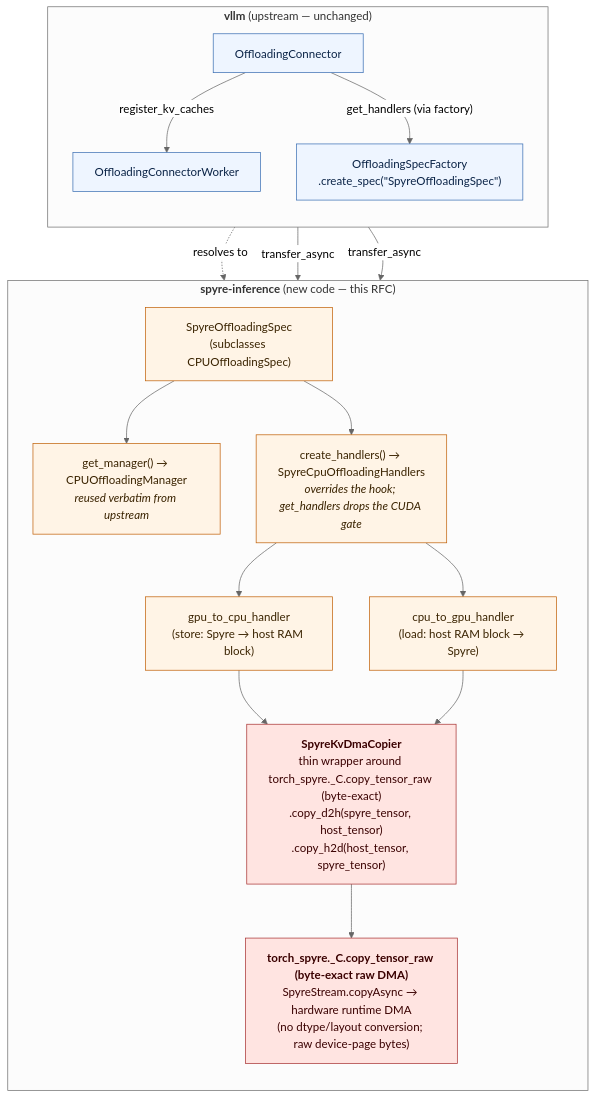
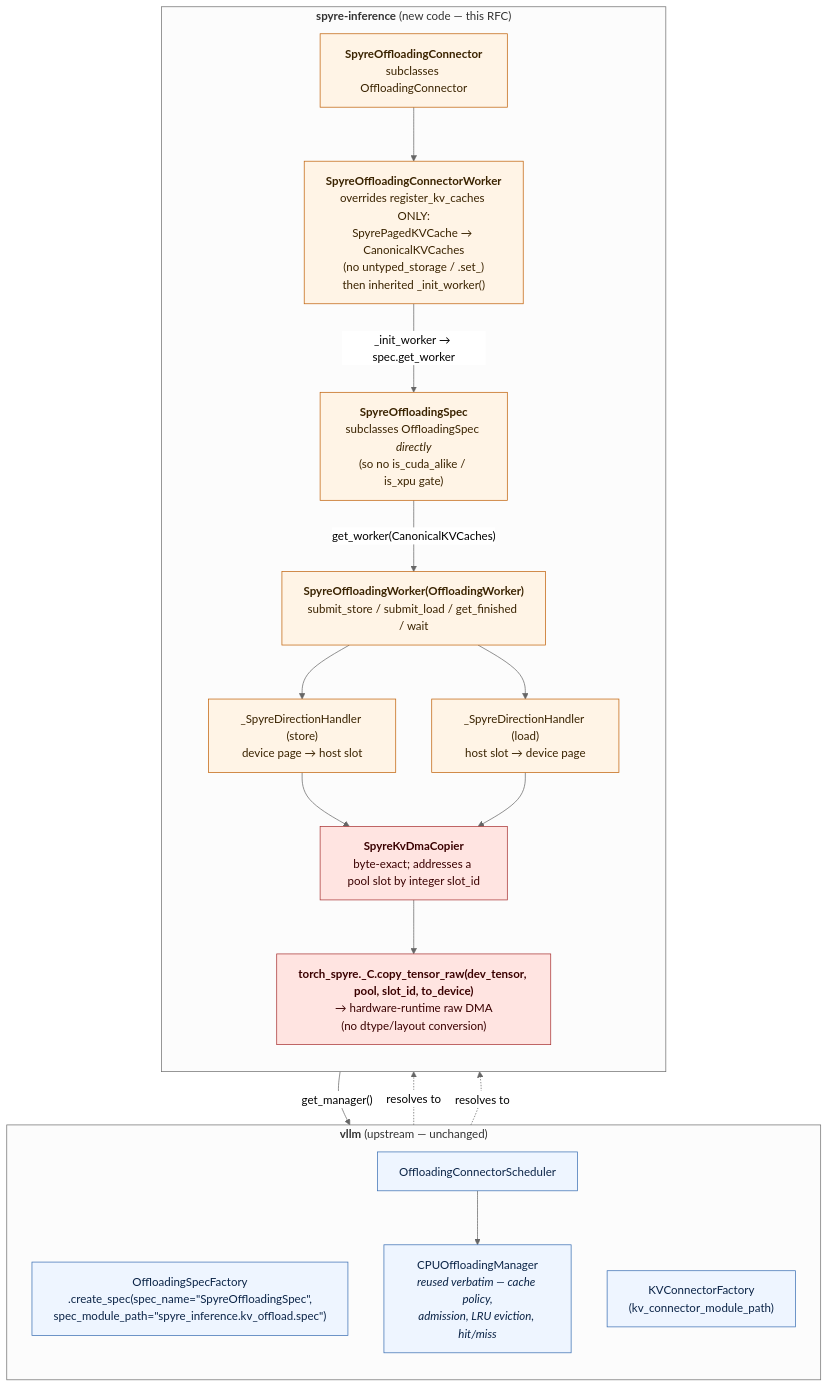
Before and after one commit to torch-spyre/spyre-inference: the first of 2 diagrams in docs/architecture/rfcs/upstream-connector-port.md, drawn with Mermaid. The commit also changed other lines of this file and 4 other files, not shown here.

````diff
--- a/docs/architecture/rfcs/upstream-connector-port.md
+++ b/docs/architecture/rfcs/upstream-connector-port.md
@@ -174,44 +298,46 @@
 ```mermaid
 %%{ init: { "flowchart": { "htmlLabels": true, "curve": "basis" }, "theme": "neutral" } }%%
 flowchart TB
 
     subgraph vllm["<b>vllm</b> (upstream — unchanged)"]
         direction TB
-        OC["OffloadingConnector"]
-        OCW["OffloadingConnectorWorker"]
-        Factory["OffloadingSpecFactory<br/>.create_spec(&quot;SpyreOffloadingSpec&quot;)"]
-        OC -- "register_kv_caches" --> OCW
-        OC -- "get_handlers (via factory)" --> Factory
+        Factory["OffloadingSpecFactory<br/>.create_spec(spec_name=&quot;SpyreOffloadingSpec&quot;,<br/>spec_module_path=&quot;spyre_inference.kv_offload.spec&quot;)"]
+        KVFactory["KVConnectorFactory<br/>(kv_connector_module_path)"]
+        Mgr["CPUOffloadingManager<br/><i>reused verbatim — cache policy,<br/>admission, LRU eviction, hit/miss</i>"]
+        Sched["OffloadingConnectorScheduler"]
     end
 
     subgraph spyre["<b>spyre-inference</b> (new code — this RFC)"]
         direction TB
-        Spec["SpyreOffloadingSpec<br/>(subclasses CPUOffloadingSpec)"]
-        Mgr["get_manager() → CPUOffloadingManager<br/><i>reused verbatim from upstream</i>"]
-        Handlers["create_handlers() → SpyreCpuOffloadingHandlers<br/><i>overrides the hook; get_handlers drops the CUDA gate</i>"]
-        D2H["gpu_to_cpu_handler<br/>(store: Spyre → host RAM block)"]
-        H2D["cpu_to_gpu_handler<br/>(load: host RAM block → Spyre)"]
-        Copier["<b>SpyreKvDmaCopier</b><br/>thin wrapper around torch_spyre._C.copy_tensor_raw (byte-exact)<br/>.copy_d2h(spyre_tensor, host_tensor)<br/>.copy_h2d(host_tensor, spyre_tensor)"]
-        Backend["<b>torch_spyre._C.copy_tensor_raw (byte-exact raw DMA)</b><br/>SpyreStream.copyAsync → hardware runtime DMA<br/>(no dtype/layout conversion; raw device-page bytes)"]
+        Conn["<b>SpyreOffloadingConnector</b><br/>subclasses OffloadingConnector"]
+        CWorker["<b>SpyreOffloadingConnectorWorker</b><br/>overrides register_kv_caches ONLY:<br/>SpyrePagedKVCache → CanonicalKVCaches<br/>(no untyped_storage / .set_)<br/>then inherited _init_worker()"]
+        Spec["<b>SpyreOffloadingSpec</b><br/>subclasses OffloadingSpec <i>directly</i><br/>(so no is_cuda_alike / is_xpu gate)"]
+        Worker["<b>SpyreOffloadingWorker(OffloadingWorker)</b><br/>submit_store / submit_load / get_finished / wait"]
+        D2H["_SpyreDirectionHandler (store)<br/>device page → host slot"]
+        H2D["_SpyreDirectionHandler (load)<br/>host slot → device page"]
+        Copier["<b>SpyreKvDmaCopier</b><br/>byte-exact; addresses a pool slot by integer slot_id"]
+        Backend["<b>torch_spyre._C.copy_tensor_raw(dev_tensor, pool, slot_id, to_device)</b><br/>→ hardware-runtime raw DMA<br/>(no dtype/layout conversion)"]
 
-        Spec --> Mgr
-        Spec --> Handlers
-        Handlers --> D2H
-        Handlers --> H2D
+        Conn --> CWorker
+        Spec -- "get_worker(CanonicalKVCaches)" --> Worker
+        Worker --> D2H
+        Worker --> H2D
         D2H --> Copier
         H2D --> Copier
         Copier --> Backend
     end
 
+    KVFactory -. "resolves to" .-> Conn
     Factory -. "resolves to" .-> Spec
-    OCW -- "transfer_async" --> D2H
-    OCW -- "transfer_async" --> H2D
+    CWorker -- "_init_worker → spec.get_worker" --> Spec
+    Spec -- "get_manager()" --> Mgr
+    Sched --> Mgr
 
     classDef upstream fill:#eef5ff,stroke:#3b6fb3,color:#0b2447
     classDef plugin fill:#fff4e6,stroke:#c1620a,color:#3a2300
     classDef hot fill:#ffe4e1,stroke:#a83232,color:#3a0000
 
-    class OC,OCW,Factory upstream
-    class Spec,Mgr,Handlers,D2H,H2D plugin
+    class Factory,KVFactory,Mgr,Sched upstream
+    class Conn,CWorker,Spec,Worker,D2H,H2D plugin
     class Copier,Backend hot
 ```
````
